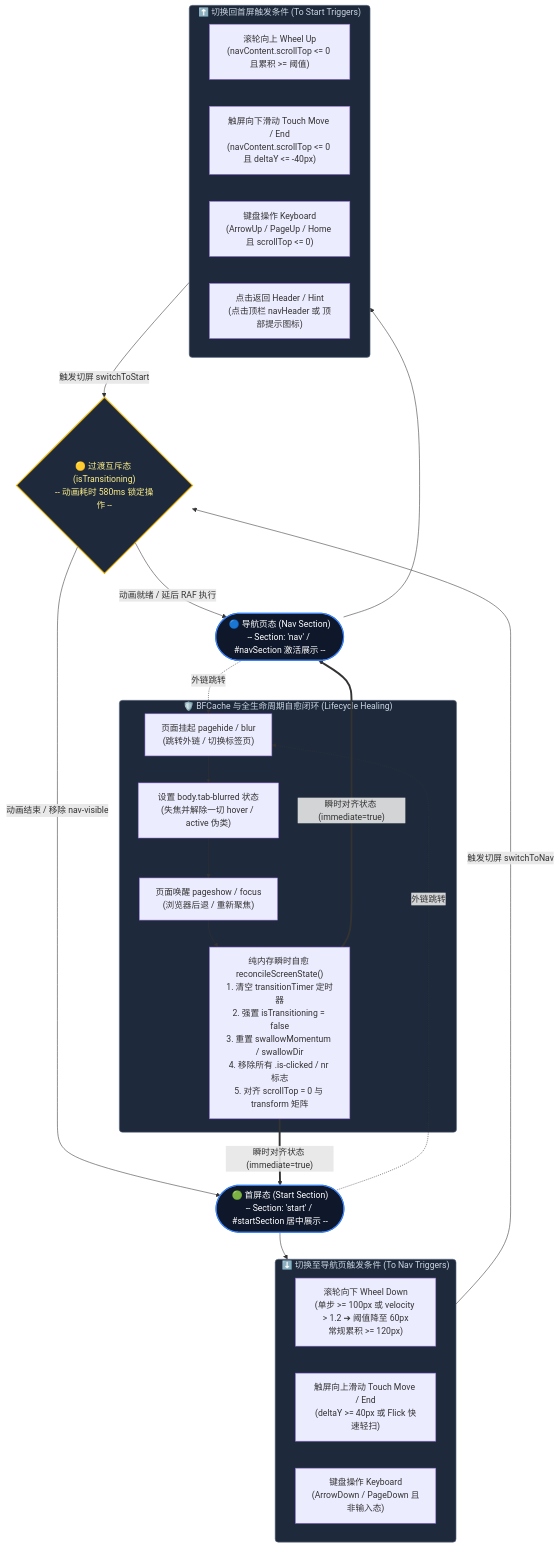
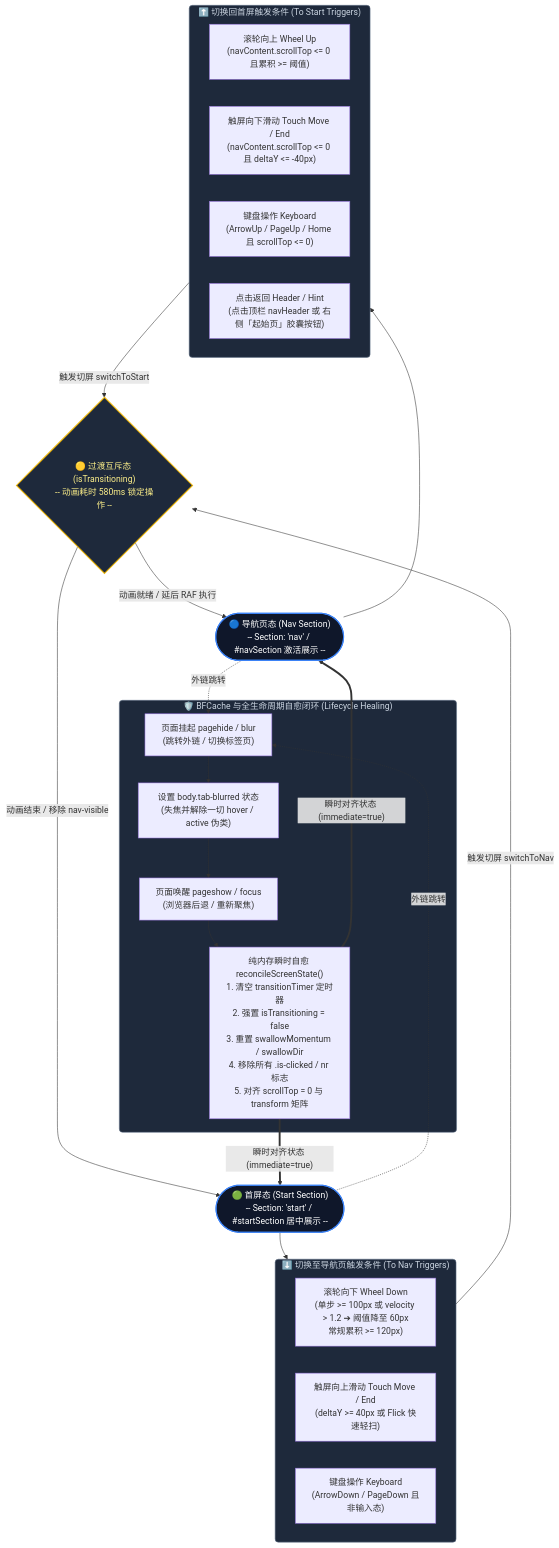
One commit to leosdcn/glass-start changed the second of 5 diagrams in ARCHITECTURE.md. Above: the diagram before and after it, drawn with Mermaid. The commit also changed 2 other files, not shown here.

Commit message:
docs: sync core docs with v4.1.0 changes and UI simplifications

````diff
--- a/ARCHITECTURE.md
+++ b/ARCHITECTURE.md
@@ -105,54 +105,54 @@
 ```mermaid
 flowchart TD
     %% ======================= NODES & STATES =======================
     START_STATE(["🟢 首屏态 (Start Section)<br/>-- Section: 'start' / #startSection 居中展示 --"]):::stateNode
     NAV_STATE(["🔵 导航页态 (Nav Section)<br/>-- Section: 'nav' / #navSection 激活展示 --"]):::stateNode
     TRANS_STATE{"🟡 过渡互斥态 (isTransitioning)<br/>-- 动画耗时 580ms 锁定操作 --"}:::transNode
 
     %% ======================= TRIGGERS START -> NAV =======================
     subgraph T_DOWN [" ⬇️ 切换至导航页触发条件 (To Nav Triggers) "]
         W1["滚轮向下 Wheel Down<br/>(单步 >= 100px 或 velocity > 1.2 ➔ 阈值降至 60px<br/>常规累积 >= 120px)"]
         T1["触屏向上滑动 Touch Move / End<br/>(deltaY >= 40px 或 Flick 快速轻扫)"]
         K1["键盘操作 Keyboard<br/>(ArrowDown / PageDown 且非输入态)"]
     end
 
     %% ======================= TRIGGERS NAV -> START =======================
     subgraph T_UP [" ⬆️ 切换回首屏触发条件 (To Start Triggers) "]
         W2["滚轮向上 Wheel Up<br/>(navContent.scrollTop <= 0 且累积 >= 阈值)"]
         T2["触屏向下滑动 Touch Move / End<br/>(navContent.scrollTop <= 0 且 deltaY <= -40px)"]
         K2["键盘操作 Keyboard<br/>(ArrowUp / PageUp / Home 且 scrollTop <= 0)"]
-        H2["点击返回 Header / Hint<br/>(点击顶栏 navHeader 或 顶部提示图标)"]
+        H2["点击返回 Header / Hint<br/>(点击顶栏 navHeader 或 右侧「起始页」胶囊按钮)"]
     end
 
     %% ======================= BFCACHE & LIFECYCLE =======================
     subgraph BF_CYCLE [" 🛡️ BFCache 与全生命周期自愈闭环 (Lifecycle Healing) "]
         PAGEHIDE["页面挂起 pagehide / blur<br/>(跳转外链 / 切换标签页)"]
         TAB_BLUR["设置 body.tab-blurred 状态<br/>(失焦并解除一切 hover / active 伪类)"]
         PAGESHOW["页面唤醒 pageshow / focus<br/>(浏览器后退 / 重新聚焦)"]
         RECONCILE["纯内存瞬时自愈 reconcileScreenState()<br/>1. 清空 transitionTimer 定时器<br/>2. 强置 isTransitioning = false<br/>3. 重置 swallowMomentum / swallowDir<br/>4. 移除所有 .is-clicked / nr 标志<br/>5. 对齐 scrollTop = 0 与 transform 矩阵"]
     end
 
     %% ======================= FLOW PATHS =======================
     START_STATE --> T_DOWN
     T_DOWN -->|触发切屏 switchToNav| TRANS_STATE
     TRANS_STATE -->|动画就绪 / 延后 RAF 执行| NAV_STATE
 
     NAV_STATE --> T_UP
     T_UP -->|触发切屏 switchToStart| TRANS_STATE
     TRANS_STATE -->|动画结束 / 移除 nav-visible| START_STATE
 
     NAV_STATE -.->|"外链跳转"| PAGEHIDE
     START_STATE -.->|"外链跳转"| PAGEHIDE
     PAGEHIDE --> TAB_BLUR
     TAB_BLUR --> PAGESHOW
     PAGESHOW --> RECONCILE
     RECONCILE ==>|"瞬时对齐状态 (immediate=true)"| START_STATE
     RECONCILE ==>|"瞬时对齐状态 (immediate=true)"| NAV_STATE
 
     %% ======================= STYLES =======================
     classDef stateNode fill:#0f172a,stroke:#3b82f6,stroke-width:2px,color:#ffffff,rx:8px
     classDef transNode fill:#1e293b,stroke:#eab308,stroke-width:2px,color:#fef08a,rx:8px
     classDef triggerBox fill:#1e293b,stroke:#64748b,stroke-width:1px,color:#cbd5e1,rx:6px
 
     class T_DOWN,T_UP,BF_CYCLE triggerBox
 ```
````
